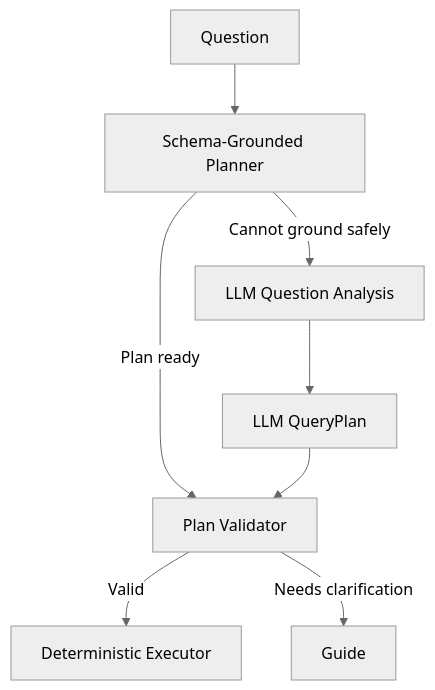
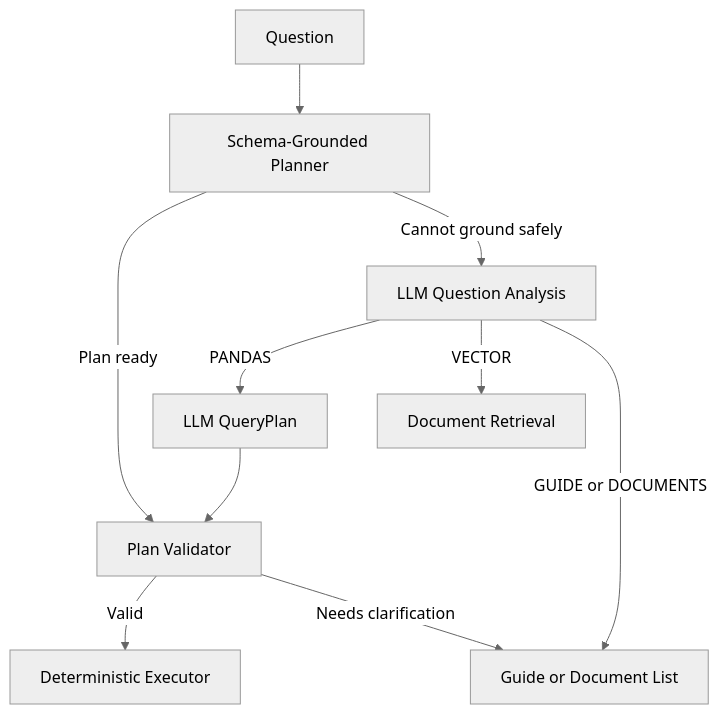
One commit to knu-2026-summer-main-enhancement/finance-doc-agent changed the diagram in backend/rag/README.md. Above: the diagram before and after it, drawn with Mermaid (neutral theme). The commit also changed other lines of this file and 5 other files, not shown here.

````diff
--- a/backend/rag/README.md
+++ b/backend/rag/README.md
@@ -66,10 +66,12 @@
 ```mermaid
 flowchart TD
     Q[Question] --> SGP[Schema-Grounded Planner]
     SGP -->|Plan ready| V[Plan Validator]
     SGP -->|Cannot ground safely| LLM[LLM Question Analysis]
-    LLM --> QP[LLM QueryPlan]
+    LLM -->|PANDAS| QP[LLM QueryPlan]
     QP --> V
+    LLM -->|VECTOR| R[Document Retrieval]
+    LLM -->|GUIDE or DOCUMENTS| G[Guide or Document List]
     V -->|Valid| E[Deterministic Executor]
-    V -->|Needs clarification| G[Guide]
+    V -->|Needs clarification| G
 ```
````
